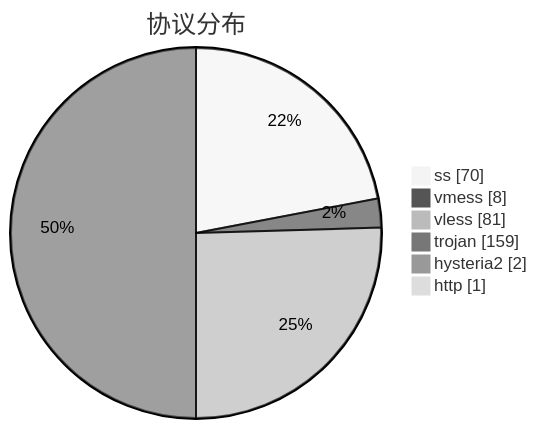
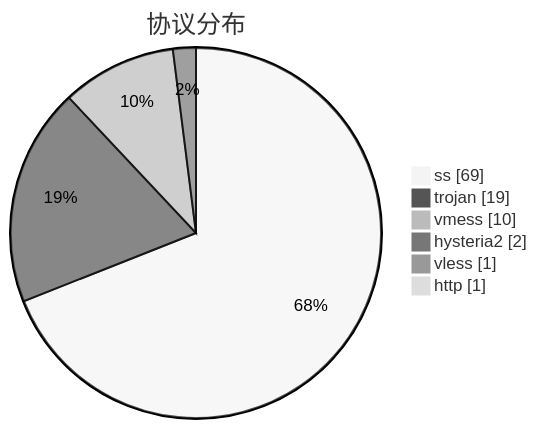
One commit to sinspired/airport changed the third of 3 diagrams in subs/statistics/tested_within.md. Above: the diagram before and after it, drawn with Mermaid (neutral theme). The commit also changed other lines of this file and 2 other files, not shown here.

````diff
--- a/subs/statistics/tested_within.md
+++ b/subs/statistics/tested_within.md
@@ -43,10 +34,10 @@
 ```mermaid
 pie showData
 title 协议分布
-"ss" : 70
-"vmess" : 8
-"vless" : 81
-"trojan" : 159
+"ss" : 69
+"trojan" : 19
+"vmess" : 10
 "hysteria2" : 2
+"vless" : 1
 "http" : 1
 ```
````
